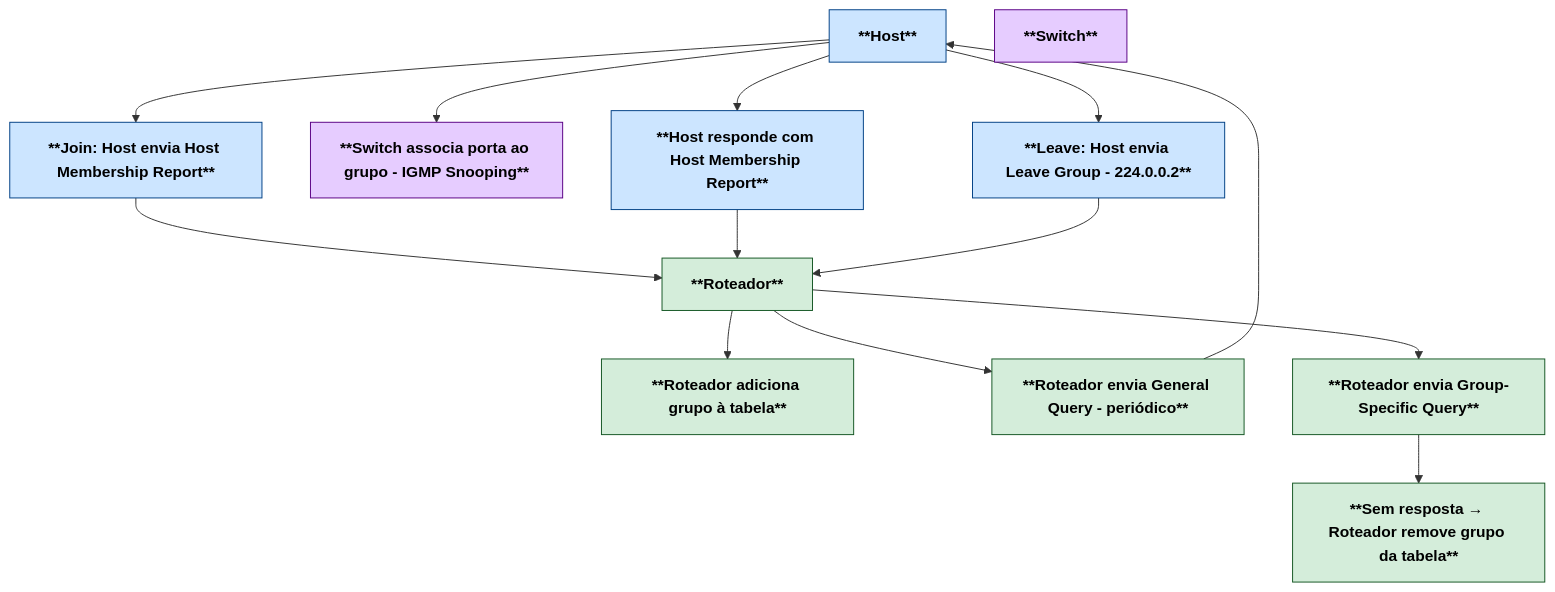
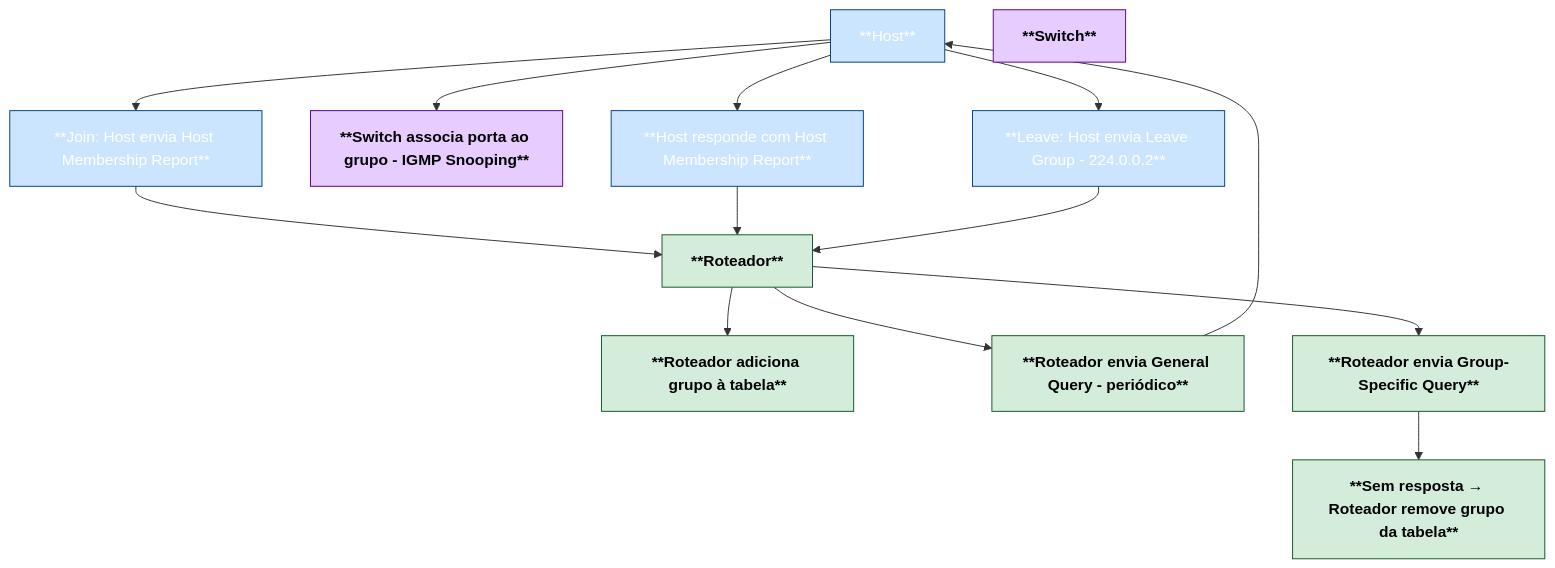
Before and after one commit to alcancil/Cisco: the second of 2 diagrams in CCNP 350-401 ENCOR/03 - Infrastructure/01 - Multicast/02 - IGMP/README.md, drawn with Mermaid.

Commit message:
Alterado o Readme.md

````diff
--- a/CCNP 350-401 ENCOR/03 - Infrastructure/01 - Multicast/02 - IGMP/README.md
+++ b/CCNP 350-401 ENCOR/03 - Infrastructure/01 - Multicast/02 - IGMP/README.md
@@ -136,30 +136,30 @@
 ```mermaid
 flowchart TD
 
     %% --- Definição dos nós ---
     H[**Host**]:::host
     S[**Switch**]:::switch
     R[**Roteador**]:::router
 
     J1[**Join: Host envia Host Membership Report**]:::host
     J2[**Roteador adiciona grupo à tabela**]:::router
     J3[**Switch associa porta ao grupo - IGMP Snooping**]:::switch
 
     M1[**Roteador envia General Query - periódico**]:::router
     M2[**Host responde com Host Membership Report**]:::host
 
     L1[**Leave: Host envia Leave Group - 224.0.0.2**]:::host
     L2[**Roteador envia Group-Specific Query**]:::router
     L3[**Sem resposta → Roteador remove grupo da tabela**]:::router
 
     %% --- Conexões ---
     H --> J1 --> R --> J2
     H --> J3
     R --> M1 --> H --> M2 --> R
     H --> L1 --> R --> L2 --> L3
 
     %% --- Estilos ---
-    classDef host fill:#cce5ff,stroke:#004085,color:#000,font-weight:bold;
+    classDef host fill:#cce5ff,stroke:#004085,color:#ffffff
     classDef switch fill:#e6ccff,stroke:#5a0085,color:#000,font-weight:bold;
     classDef router fill:#d4edda,stroke:#155724,color:#000,font-weight:bold;
 ```
````
